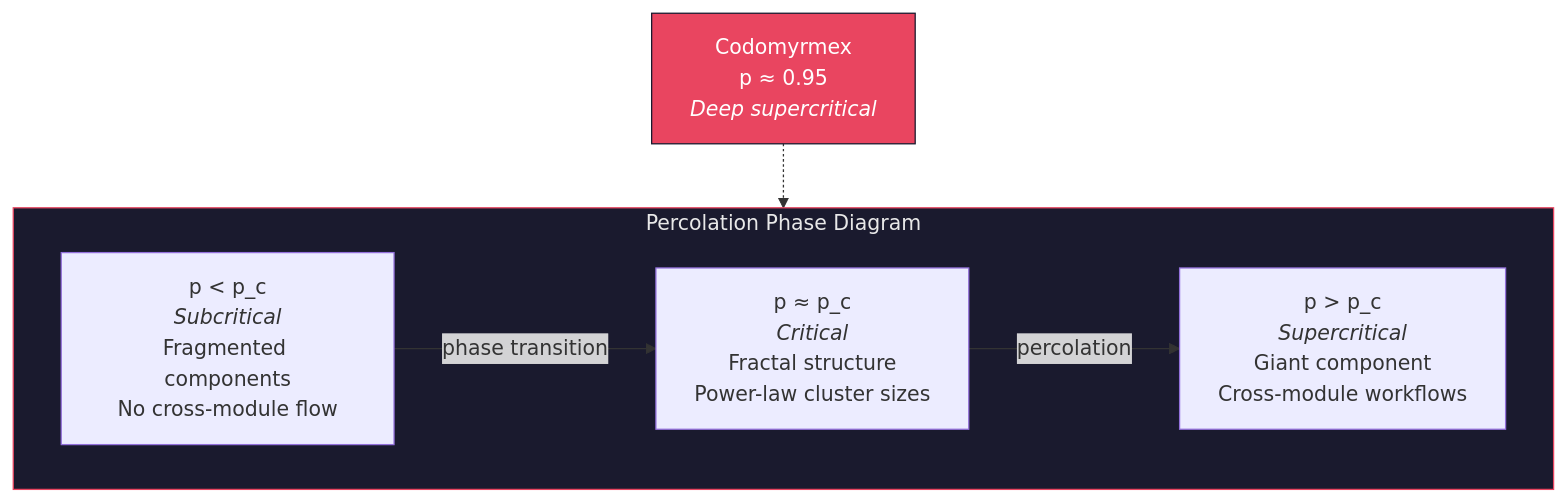
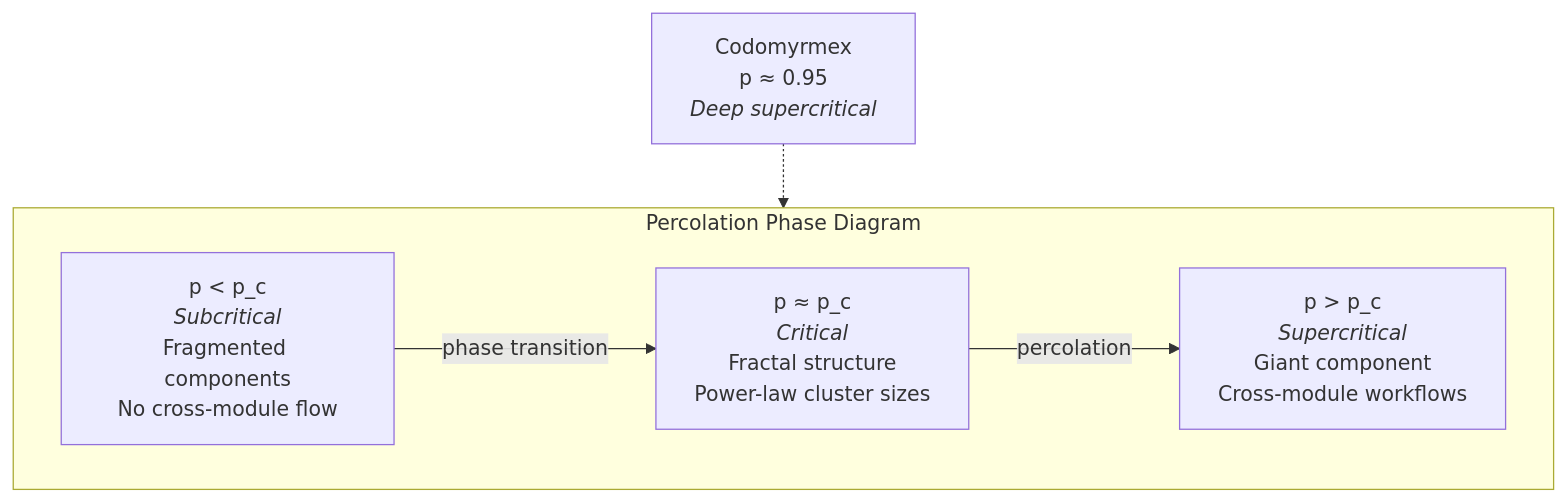
One commit to docxology/codomyrmex changed the diagram in docs/agi/emergence_and_scale.md. Above: the diagram before and after it, drawn with Mermaid. The commit also changed 86 other files, not shown here.

````diff
--- a/docs/agi/emergence_and_scale.md
+++ b/docs/agi/emergence_and_scale.md
@@ -23,17 +23,14 @@
 ```mermaid
 graph TB
     subgraph PERCOLATION["Percolation Phase Diagram"]
         direction LR
         SUB["p < p_c<br/><i>Subcritical</i><br/>Fragmented components<br/>No cross-module flow"]
         CRIT["p ≈ p_c<br/><i>Critical</i><br/>Fractal structure<br/>Power-law cluster sizes"]
         SUPER["p > p_c<br/><i>Supercritical</i><br/>Giant component<br/>Cross-module workflows"]
     end
 
     SUB -->|"phase transition"| CRIT -->|"percolation"| SUPER
 
     CDM["Codomyrmex<br/>p ≈ 0.95<br/><i>Deep supercritical</i>"]
     CDM -.-> SUPER
-
-    style PERCOLATION fill:#1a1a2e,stroke:#e94560,color:#e8e8e8
-    style CDM fill:#e94560,stroke:#1a1a2e,color:#fff
 ```
````
